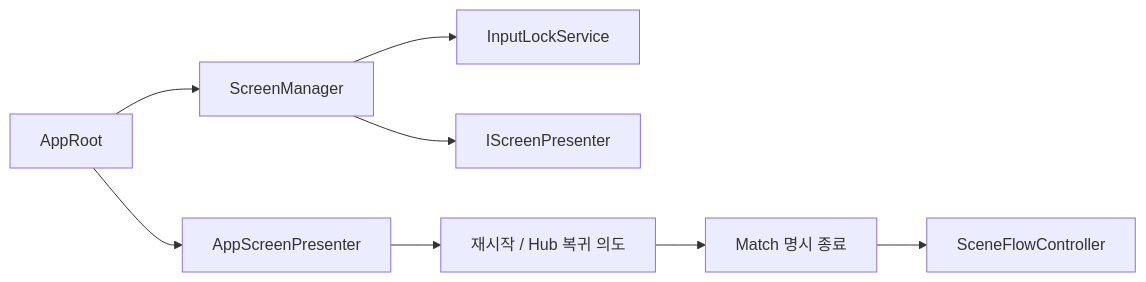
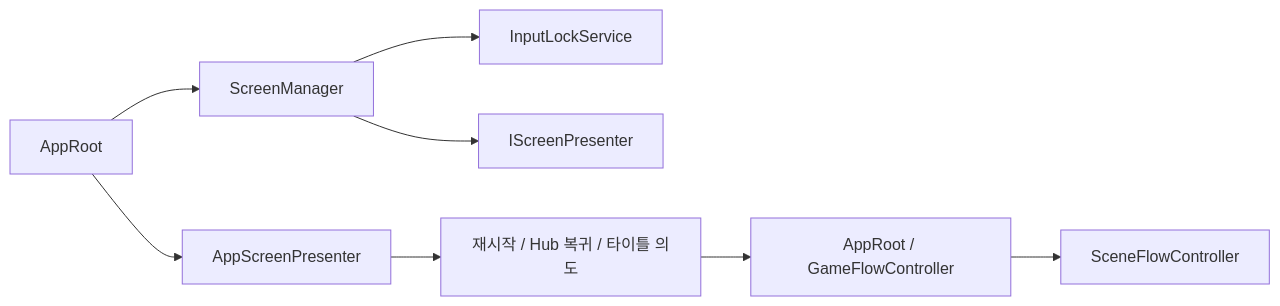
Before and after one commit to Team-HJD-21/unity-6-the-developer: the diagram in Docs/02_architecture/03_scene-flow/screen-management-api.md, drawn with Mermaid. The commit also changed other lines of this file and 9 other files, not shown here.

First line of the commit message:
refactor(ui): route screen actions through game flow

````diff
--- a/Docs/02_architecture/03_scene-flow/screen-management-api.md
+++ b/Docs/02_architecture/03_scene-flow/screen-management-api.md
@@ -9,10 +9,10 @@
 ```mermaid
 flowchart LR
     AppRoot --> ScreenManager
     AppRoot --> AppScreenPresenter
     ScreenManager --> InputLockService
     ScreenManager --> IScreenPresenter
-    AppScreenPresenter --> Intent[재시작 / Hub 복귀 의도]
-    Intent --> End[Match 명시 종료]
+    AppScreenPresenter --> Intent[재시작 / Hub 복귀 / 타이틀 의도]
+    Intent --> End[AppRoot / GameFlowController]
     End --> SceneFlowController
 ```
````
